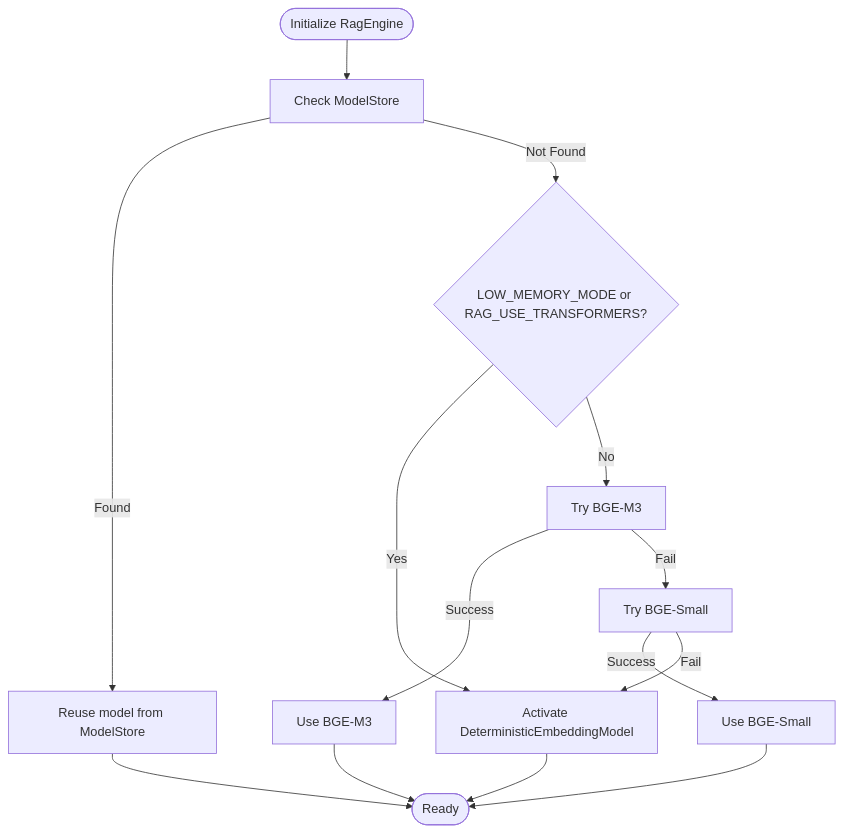
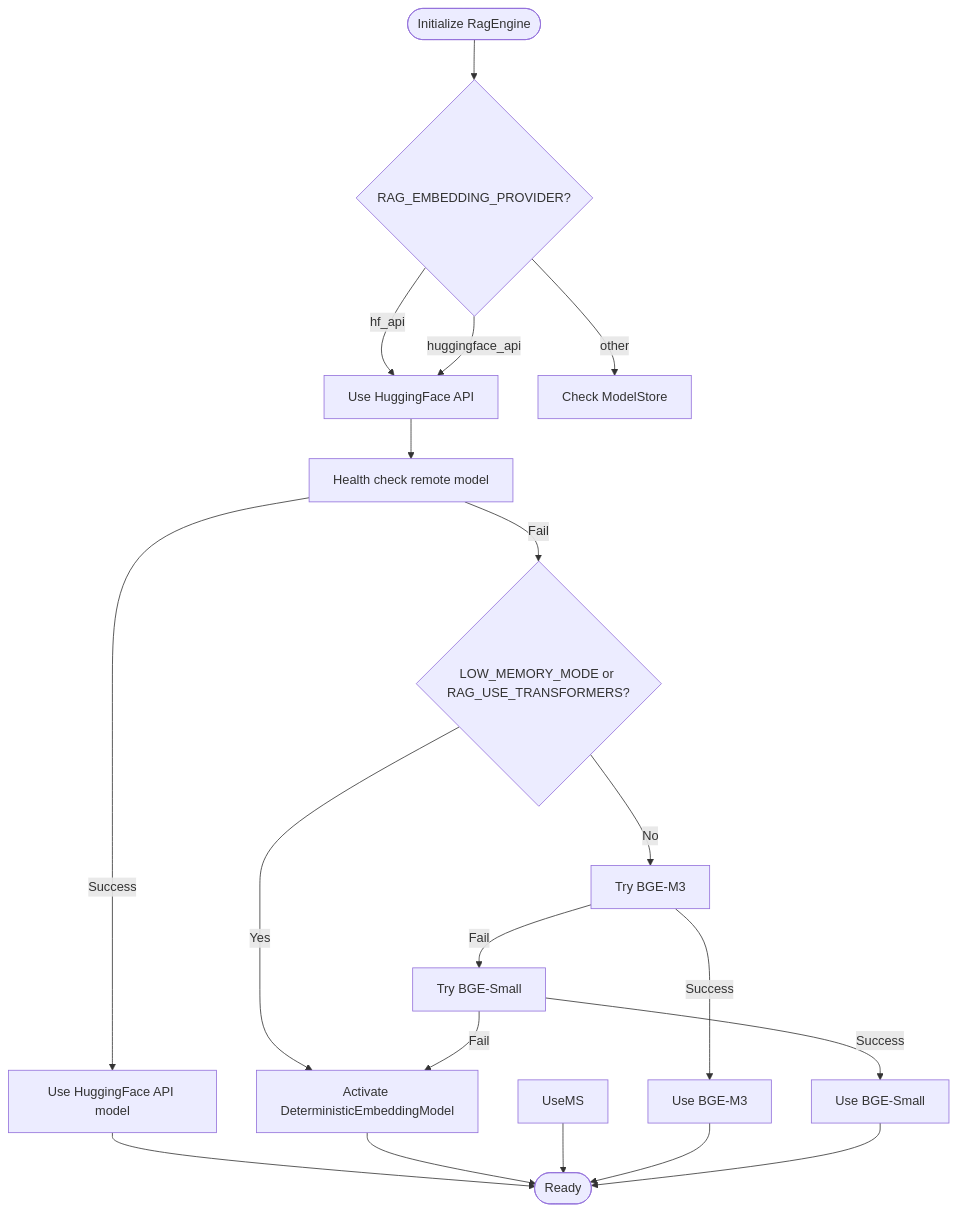
One commit to rohitkumarnaidu/-Auto-AI-Automated-Academic-Docx-Manuscript-Formatter changed the fourth of 11 diagrams in .qoder/repowiki/en/content/AI_ML Integration/RAG Engine.md. Above: the diagram before and after it, drawn with Mermaid. The commit also changed other lines of this file and 5 other files, not shown here.

````diff
--- a/.qoder/repowiki/en/content/AI_ML Integration/RAG Engine.md
+++ b/.qoder/repowiki/en/content/AI_ML Integration/RAG Engine.md
@@ -199,16 +246,21 @@
 ```mermaid
 flowchart TD
-Start(["Initialize RagEngine"]) --> CheckMS["Check ModelStore"]
-CheckMS --> |Found| UseMS["Reuse model from ModelStore"]
-CheckMS --> |Not Found| LowMem{"LOW_MEMORY_MODE or RAG_USE_TRANSFORMERS?"}
-LowMem --> |Yes| Det["Activate DeterministicEmbeddingModel"]
-LowMem --> |No| TryBGE["Try BGE-M3"]
-TryBGE --> |Success| UseBGE["Use BGE-M3"]
-TryBGE --> |Fail| TrySmall["Try BGE-Small"]
-TrySmall --> |Success| UseSmall["Use BGE-Small"]
-TrySmall --> |Fail| Det
-Det --> End(["Ready"])
+Start(["Initialize RagEngine"]) --> CheckProvider{"RAG_EMBEDDING_PROVIDER?"}
+CheckProvider --> |hf_api|huggingFace["Use HuggingFace API"]
+CheckProvider --> |huggingface_api|huggingFace
+CheckProvider --> |other|CheckMS["Check ModelStore"]
+huggingFace --> TestAPI["Health check remote model"]
+TestAPI --> |Success|UseHF["Use HuggingFace API model"]
+TestAPI --> |Fail|LowMem{"LOW_MEMORY_MODE or RAG_USE_TRANSFORMERS?"}
+UseHF --> End(["Ready"])
+LowMem --> |Yes|Det["Activate DeterministicEmbeddingModel"]
+LowMem --> |No|TryBGE["Try BGE-M3"]
+TryBGE --> |Success|UseBGE["Use BGE-M3"]
+TryBGE --> |Fail|TrySmall["Try BGE-Small"]
+TrySmall --> |Success|UseSmall["Use BGE-Small"]
+TrySmall --> |Fail|Det
+Det --> End
 UseMS --> End
 UseBGE --> End
 UseSmall --> End
 ```
````
